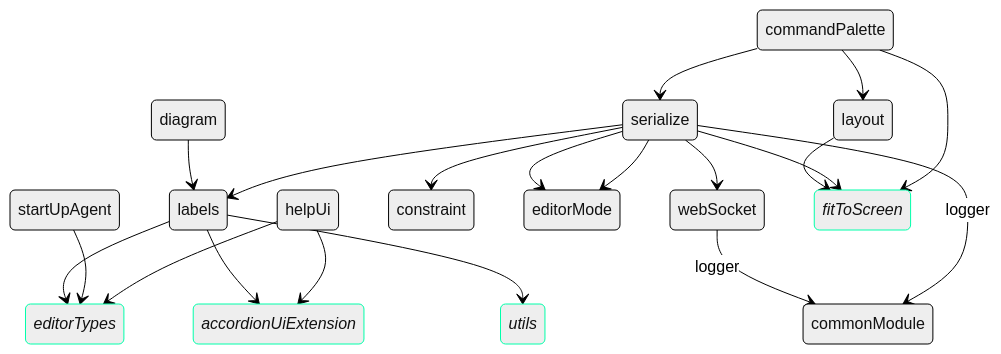
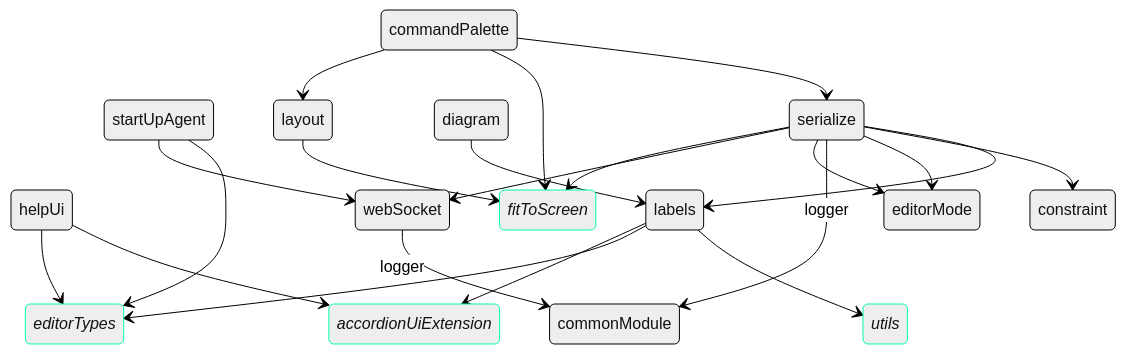
One commit to DataFlowAnalysis/OnlineEditor changed the diagram in frontend/webEditor/dependencyGraph.md. Above: the diagram before and after it, drawn with Mermaid (neutral theme). The commit also changed 13 other files, not shown here.

````diff
--- a/frontend/webEditor/dependencyGraph.md
+++ b/frontend/webEditor/dependencyGraph.md
@@ -1,45 +1,47 @@
 ```mermaid
 stateDiagram-v2
     
     helpUi --> accordionUiExtension
     helpUi --> editorTypes
     startUpAgent --> editorTypes
     labels --> utils
     labels --> editorTypes
     labels --> accordionUiExtension
 
     serialize --> labels
     serialize --> constraint
     serialize --> editorMode
     serialize --> commonModule: logger
 
     serialize --> editorMode
     
     diagram --> labels
 
     webSocket --> commonModule: logger
 
     commandPalette --> serialize
 
     serialize --> webSocket
 
     commandPalette --> fitToScreen
     serialize --> fitToScreen
 
     layout --> fitToScreen
     commandPalette --> layout
 
+    startUpAgent --> webSocket
+
 %%    [*] --> layout
 %%    [*] --> commonModule
 %%    [*] --> labels
 %%    [*] --> serialize
 %%    [*] --> editorMode
 %%    [*] --> diagram
 %%    [*] --> webSocket
 %%    [*] --> helpUi
 %%    [*] --> startUpAgent
 %%    [*] --> commandPalette
 
     classDef diLess font-style:italic,stroke:#0fa
     class accordionUiExtension,editorTypes,utils,fitToScreen diLess
 ```
````
